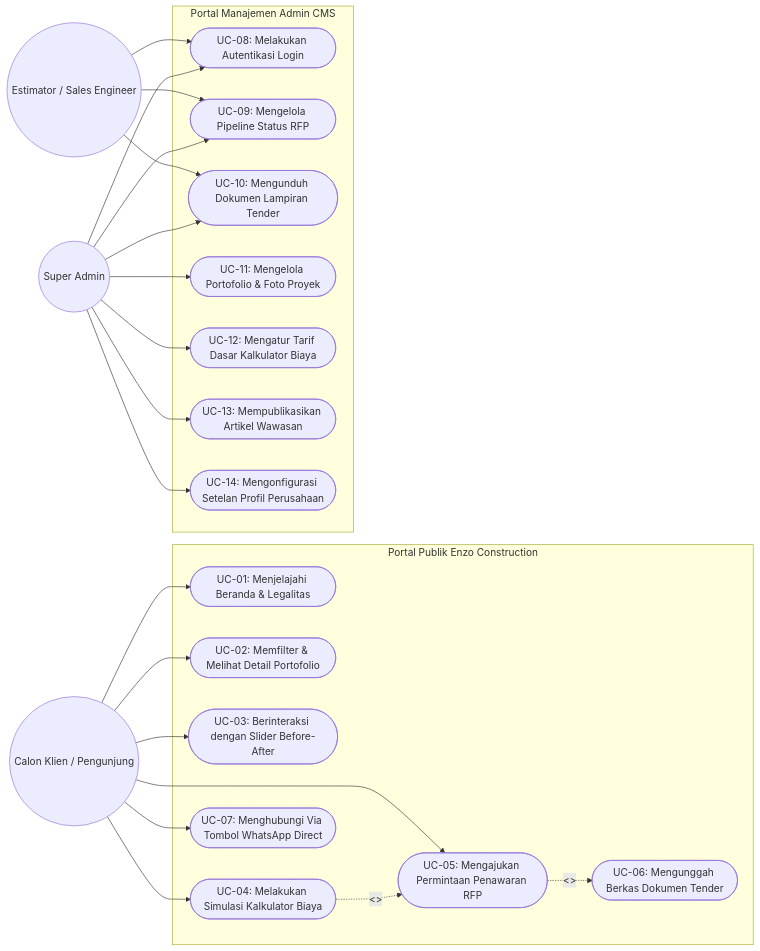
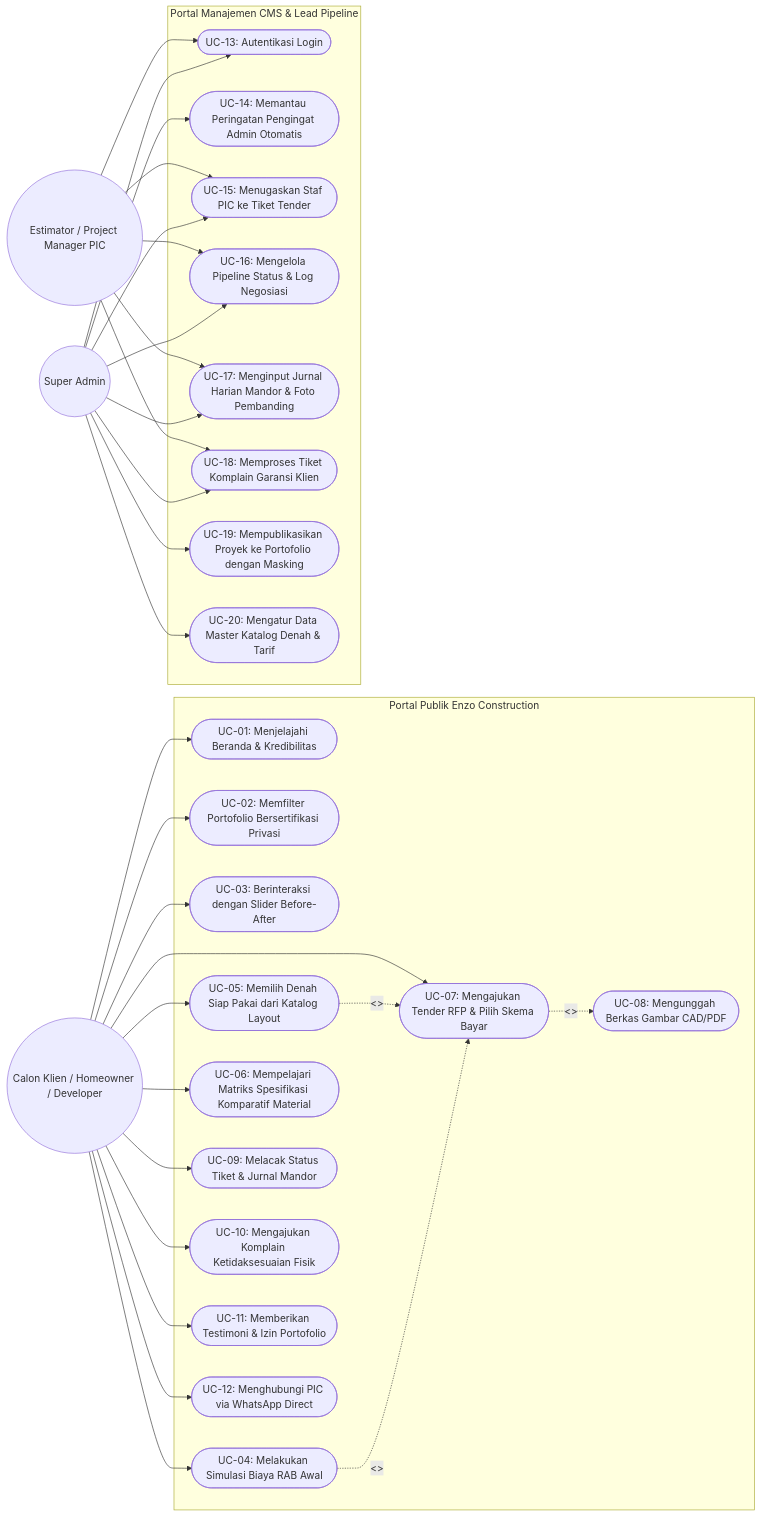
The second of 6 diagrams in docs/arsitektur_desain_enzo_construction.md (Stevannes/Wp2_enzo), drawn with Mermaid before and after one commit. The commit also changed other lines of this file and 72 other files, not shown here.

````diff
--- a/docs/arsitektur_desain_enzo_construction.md
+++ b/docs/arsitektur_desain_enzo_construction.md
@@ -603,48 +934,63 @@
 ```mermaid
 graph LR
-    Visitor((Calon Klien / Pengunjung))
-    Estimator((Estimator / Sales Engineer))
+    Visitor((Calon Klien / Homeowner / Developer))
+    Estimator((Estimator / Project Manager PIC))
     Admin((Super Admin))
 
     subgraph Portal Publik Enzo Construction
-        UC01([UC-01: Menjelajahi Beranda & Legalitas])
-        UC02([UC-02: Memfilter & Melihat Detail Portofolio])
+        UC01([UC-01: Menjelajahi Beranda & Kredibilitas])
+        UC02([UC-02: Memfilter Portofolio Bersertifikasi Privasi])
         UC03([UC-03: Berinteraksi dengan Slider Before-After])
-        UC04([UC-04: Melakukan Simulasi Kalkulator Biaya])
-        UC05([UC-05: Mengajukan Permintaan Penawaran RFP])
-        UC06([UC-06: Mengunggah Berkas Dokumen Tender])
-        UC07([UC-07: Menghubungi Via Tombol WhatsApp Direct])
+        UC04([UC-04: Melakukan Simulasi Biaya RAB Awal])
+        UC05([UC-05: Memilih Denah Siap Pakai dari Katalog Layout])
+        UC06([UC-06: Mempelajari Matriks Spesifikasi Komparatif Material])
+        UC07([UC-07: Mengajukan Tender RFP & Pilih Skema Bayar])
+        UC08([UC-08: Mengunggah Berkas Gambar CAD/PDF])
+        UC09([UC-09: Melacak Status Tiket & Jurnal Mandor])
+        UC10([UC-10: Mengajukan Komplain Ketidaksesuaian Fisik])
+        UC11([UC-11: Memberikan Testimoni & Izin Portofolio])
+        UC12([UC-12: Menghubungi PIC via WhatsApp Direct])
     end
 
-    subgraph Portal Manajemen Admin CMS
-        UC08([UC-08: Melakukan Autentikasi Login])
-        UC09([UC-09: Mengelola Pipeline Status RFP])
-        UC10([UC-10: Mengunduh Dokumen Lampiran Tender])
-        UC11([UC-11: Mengelola Portofolio & Foto Proyek])
-        UC12([UC-12: Mengatur Tarif Dasar Kalkulator Biaya])
-        UC13([UC-13: Mempublikasikan Artikel Wawasan])
-        UC14([UC-14: Mengonfigurasi Setelan Profil Perusahaan])
+    subgraph Portal Manajemen CMS & Lead Pipeline
+        UC13([UC-13: Autentikasi Login])
+        UC14([UC-14: Memantau Peringatan Pengingat Admin Otomatis])
+        UC15([UC-15: Menugaskan Staf PIC ke Tiket Tender])
+        UC16([UC-16: Mengelola Pipeline Status & Log Negosiasi])
+        UC17([UC-17: Menginput Jurnal Harian Mandor & Foto Pembanding])
+        UC18([UC-18: Memproses Tiket Komplain Garansi Klien])
+        UC19([UC-19: Mempublikasikan Proyek ke Portofolio dengan Masking])
+        UC20([UC-20: Mengatur Data Master Katalog Denah & Tarif])
     end
 
     Visitor --> UC01
     Visitor --> UC02
     Visitor --> UC03
     Visitor --> UC04
     Visitor --> UC05
+    Visitor --> UC06
     Visitor --> UC07
+    Visitor --> UC09
+    Visitor --> UC10
+    Visitor --> UC11
+    Visitor --> UC12
 
-    UC05 -.->|<<include>>| UC06
-    UC04 -.->|<<extend>>| UC05
+    UC07 -.->|<<include>>| UC08
+    UC05 -.->|<<extend>>| UC07
+    UC04 -.->|<<extend>>| UC07
 
-    Estimator --> UC08
-    Estimator --> UC09
-    Estimator --> UC10
+    Estimator --> UC13
+    Estimator --> UC15
+    Estimator --> UC16
+    Estimator --> UC17
+    Estimator --> UC18
 
-    Admin --> UC08
-    Admin --> UC09
-    Admin --> UC10
-    Admin --> UC11
-    Admin --> UC12
     Admin --> UC13
     Admin --> UC14
+    Admin --> UC15
+    Admin --> UC16
+    Admin --> UC17
+    Admin --> UC18
+    Admin --> UC19
+    Admin --> UC20
 ```
````
